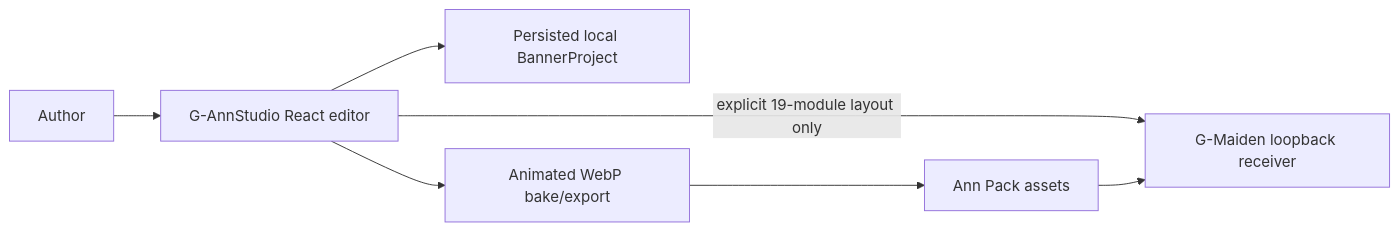
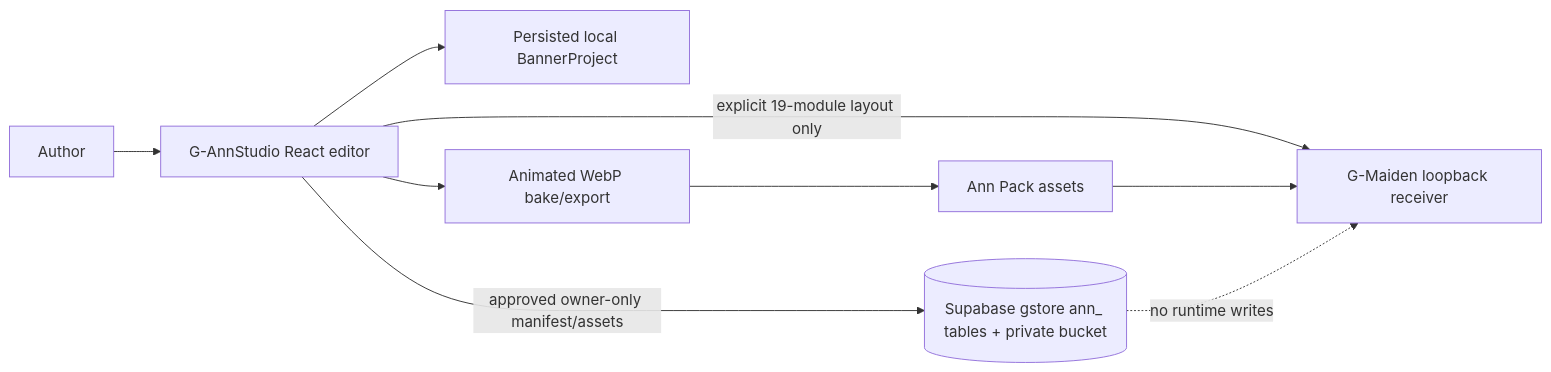
Before and after one commit to Freshair129/G-Suite: the diagram in packages/ann-studio/docs/PRD-SDD-v0.1.md, drawn with Mermaid. The commit also changed other lines of this file and 15 other files, not shown here.

Commit message:
feat(ann-studio): authorize private cloud sync contract

````diff
--- a/packages/ann-studio/docs/PRD-SDD-v0.1.md
+++ b/packages/ann-studio/docs/PRD-SDD-v0.1.md
@@ -63,9 +63,11 @@
 ```mermaid
 flowchart LR
   Author[Author] --> Studio[G-AnnStudio React editor]
   Studio --> Project[Persisted local BannerProject]
   Studio --> Bake[Animated WebP bake/export]
   Studio -->|explicit 19-module layout only| GMaiden[G-Maiden loopback receiver]
   Bake --> Pack[Ann Pack assets]
   Pack --> GMaiden
+  Studio -->|approved owner-only manifest/assets| Cloud[(Supabase gstore ann_ tables + private bucket)]
+  Cloud -. no runtime writes .-> GMaiden
 ```
````
